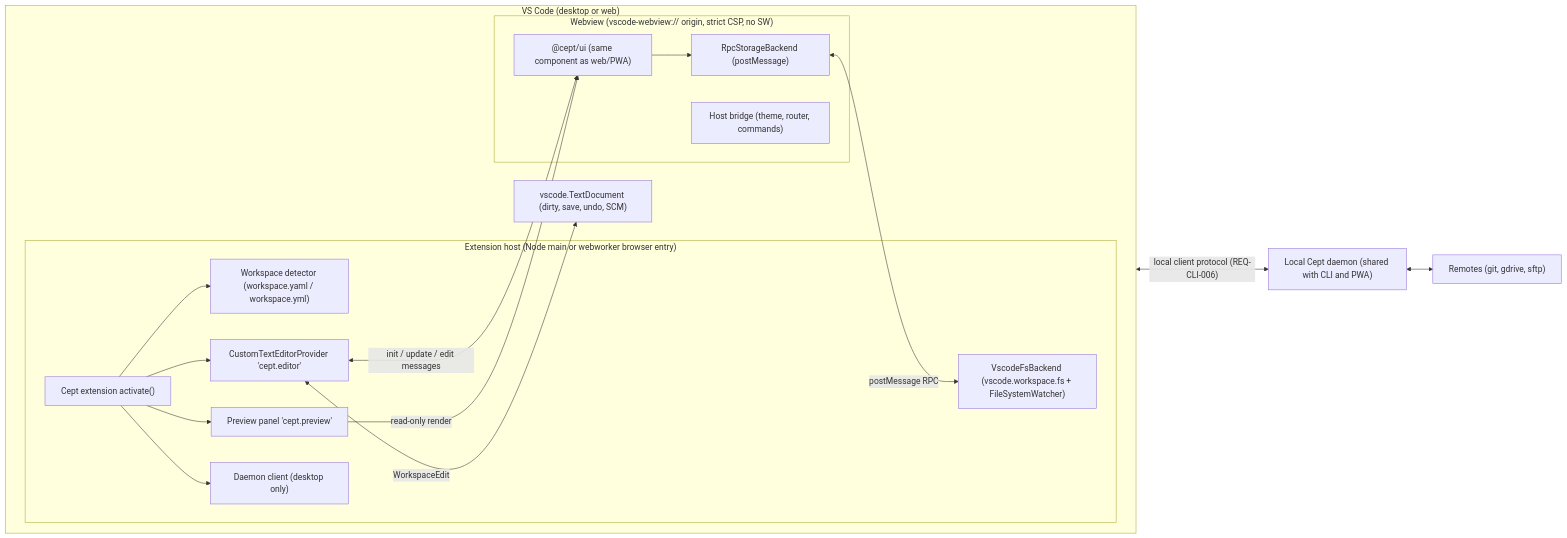
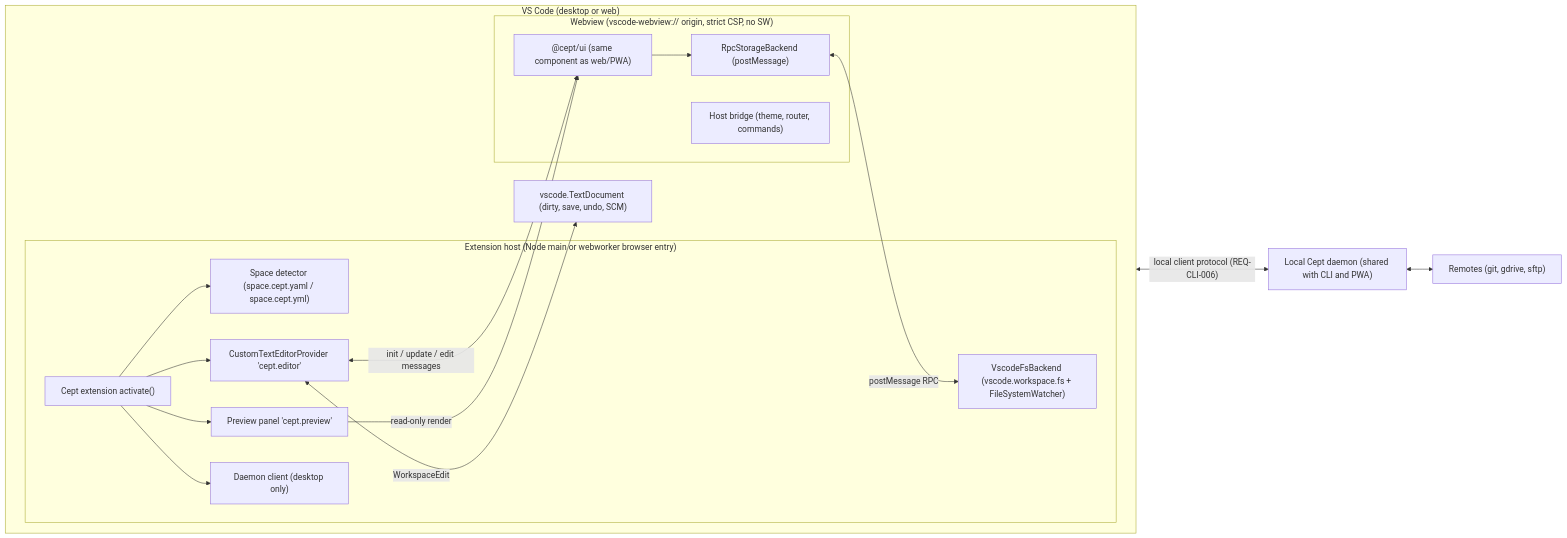
One commit to nsheaps/cept changed the first of 3 diagrams in docs/specs/requirements/06-vscode-extension.md. Above: the diagram before and after it, drawn with Mermaid. The commit also changed other lines of this file and 12 other files, not shown here.

````diff
--- a/docs/specs/requirements/06-vscode-extension.md
+++ b/docs/specs/requirements/06-vscode-extension.md
@@ -75,34 +75,34 @@
 ```mermaid
 flowchart LR
   subgraph VSC["VS Code (desktop or web)"]
     direction LR
     subgraph Host["Extension host (Node main or webworker browser entry)"]
       EXT["Cept extension activate()"]
       CEP["CustomTextEditorProvider 'cept.editor'"]
       PRV["Preview panel 'cept.preview'"]
       FSB["VscodeFsBackend (vscode.workspace.fs + FileSystemWatcher)"]
       DC["Daemon client (desktop only)"]
-      WSD["Workspace detector (workspace.yaml / workspace.yml)"]
+      WSD["Space detector (space.cept.yaml / space.cept.yml)"]
     end
     subgraph WV["Webview (vscode-webview:// origin, strict CSP, no SW)"]
       UI["@cept/ui (same component as web/PWA)"]
       RPC["RpcStorageBackend (postMessage)"]
       BR["Host bridge (theme, router, commands)"]
     end
     TD["vscode.TextDocument (dirty, save, undo, SCM)"]
   end
   D["Local Cept daemon (shared with CLI and PWA)"]
   R["Remotes (git, gdrive, sftp)"]
 
   EXT --> WSD
   EXT --> CEP
   EXT --> PRV
   CEP <-->|"init / update / edit messages"| UI
   PRV -->|"read-only render"| UI
   UI --> RPC
   RPC <-->|"postMessage RPC"| FSB
   CEP <-->|"WorkspaceEdit"| TD
   DC <-->|"local client protocol (REQ-CLI-006)"| D
   D <--> R
   EXT --> DC
 ```
````
